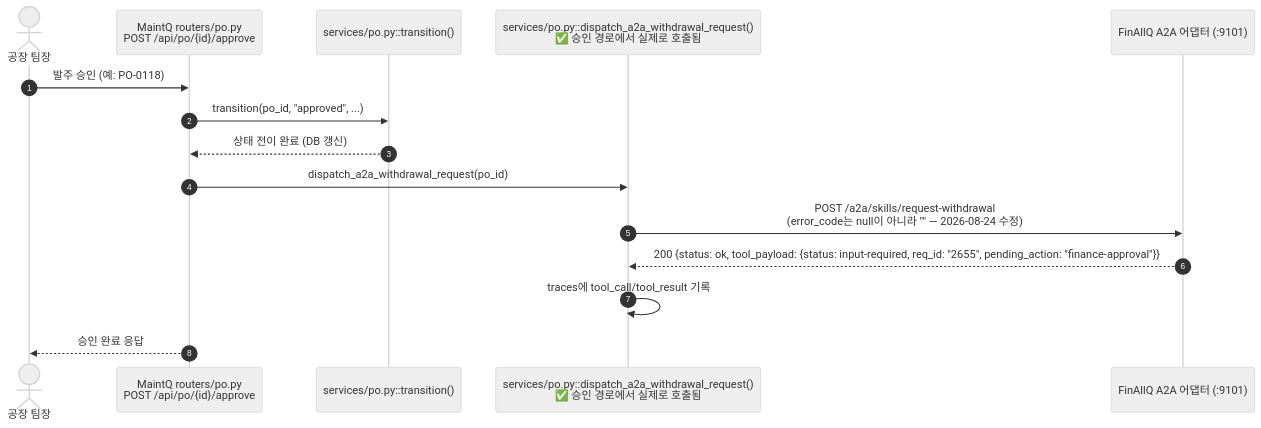
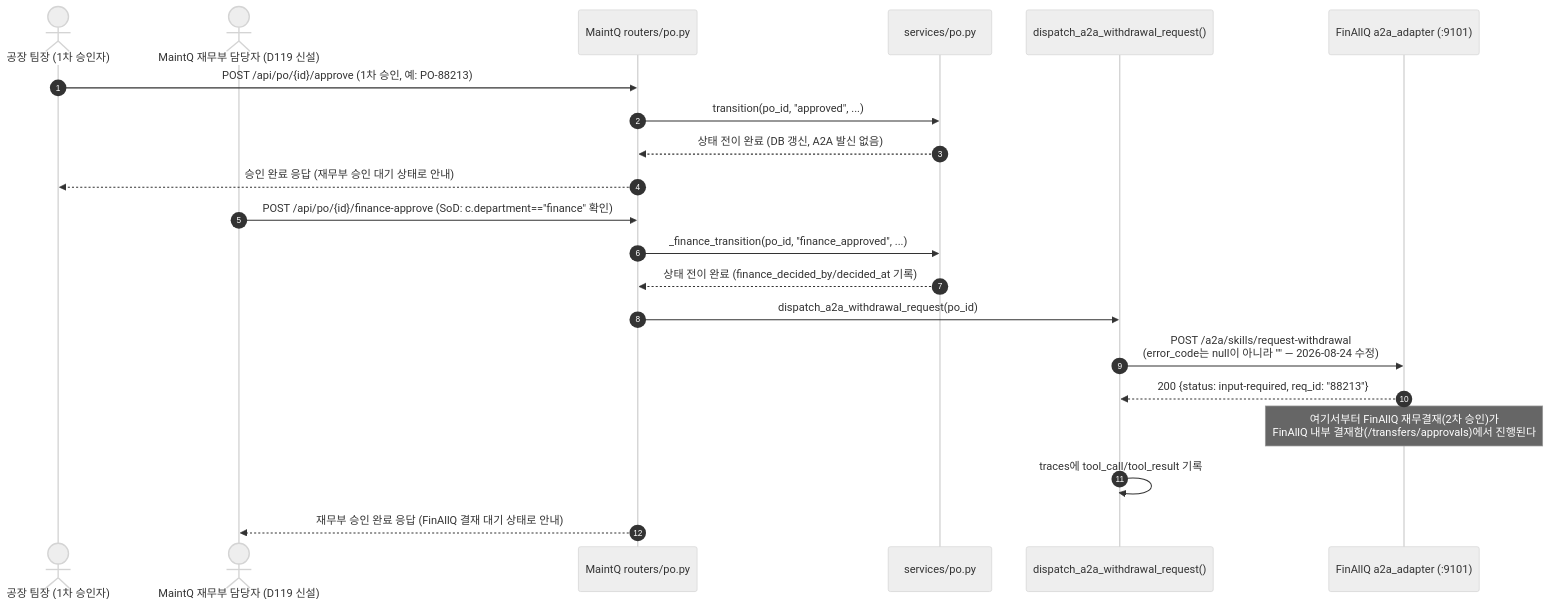
One commit to ttogle918/QMesh changed the fourth of 8 diagrams in A2A_DIAGRAMS.md. Above: the diagram before and after it, drawn with Mermaid (neutral theme). The commit also changed other lines of this file, not shown here.

First line of the commit message:
docs: A2A_DIAGRAMS.md v1.4 갱신 — D119·D120·Sprint18·실측 GIF 반영 (A2A_Q 세션)

````diff
--- a/A2A_DIAGRAMS.md
+++ b/A2A_DIAGRAMS.md
@@ -142,18 +217,24 @@
 ```mermaid
 sequenceDiagram
     autonumber
-    actor Mgr as 공장 팀장
-    participant Router as MaintQ routers/po.py<br>POST /api/po/{id}/approve
-    participant Svc as services/po.py::transition()
-    participant Dispatch as services/po.py::dispatch_a2a_withdrawal_request()<br>✅ 승인 경로에서 실제로 호출됨
-    participant FA as FinAllQ A2A 어댑터 (:9101)
+    actor Mgr as 공장 팀장 (1차 승인자)
+    actor Fin as MaintQ 재무부 담당자 (D119 신설)
+    participant Router as MaintQ routers/po.py
+    participant Svc as services/po.py
+    participant Dispatch as dispatch_a2a_withdrawal_request()
+    participant FA as FinAllQ a2a_adapter (:9101)
 
-    Mgr->>Router: 발주 승인 (예: PO-0118)
+    Mgr->>Router: POST /api/po/{id}/approve (1차 승인, 예: PO-88213)
     Router->>Svc: transition(po_id, "approved", ...)
-    Svc-->>Router: 상태 전이 완료 (DB 갱신)
+    Svc-->>Router: 상태 전이 완료 (DB 갱신, A2A 발신 없음)
+    Router-->>Mgr: 승인 완료 응답 (재무부 승인 대기 상태로 안내)
+    Fin->>Router: POST /api/po/{id}/finance-approve (SoD: c.department=="finance" 확인)
+    Router->>Svc: _finance_transition(po_id, "finance_approved", ...)
+    Svc-->>Router: 상태 전이 완료 (finance_decided_by/decided_at 기록)
     Router->>Dispatch: dispatch_a2a_withdrawal_request(po_id)
     Dispatch->>FA: POST /a2a/skills/request-withdrawal<br>(error_code는 null이 아니라 "" — 2026-08-24 수정)
-    FA-->>Dispatch: 200 {status: ok, tool_payload: {status: input-required, req_id: "2655", pending_action: "finance-approval"}}
+    FA-->>Dispatch: 200 {status: input-required, req_id: "88213"}
+    Note over FA: 여기서부터 FinAllQ 재무결재(2차 승인)가<br>FinAllQ 내부 결재함(/transfers/approvals)에서 진행된다
     Dispatch->>Dispatch: traces에 tool_call/tool_result 기록
-    Router-->>Mgr: 승인 완료 응답
+    Router-->>Fin: 재무부 승인 완료 응답 (FinAllQ 결재 대기 상태로 안내)
 ```
````
